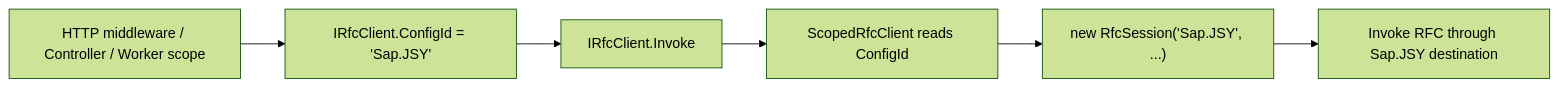
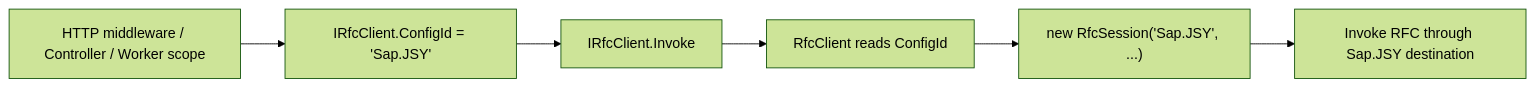
The fourth of 4 diagrams in docs/file-dependency-roadmap.en-US.md (Mitzh/RfcClient), drawn with Mermaid (forest theme) before and after one commit. The commit also changed other lines of this file and 5 other files, not shown here.

First line of the commit message:
feat: 新增无参数 AddRfcClient() 重载，自动从 DI 解析 IConfiguration

````diff
--- a/docs/file-dependency-roadmap.en-US.md
+++ b/docs/file-dependency-roadmap.en-US.md
@@ -170,8 +170,8 @@
 ```mermaid
 flowchart LR
     A["HTTP middleware / Controller / Worker scope"] --> B["IRfcClient.ConfigId = 'Sap.JSY'"]
     B --> C["IRfcClient.Invoke"]
-    C --> D["ScopedRfcClient reads ConfigId"]
+    C --> D["RfcClient reads ConfigId"]
     D --> E["new RfcSession('Sap.JSY', ...)"]
     E --> F["Invoke RFC through Sap.JSY destination"]
 ```
````
